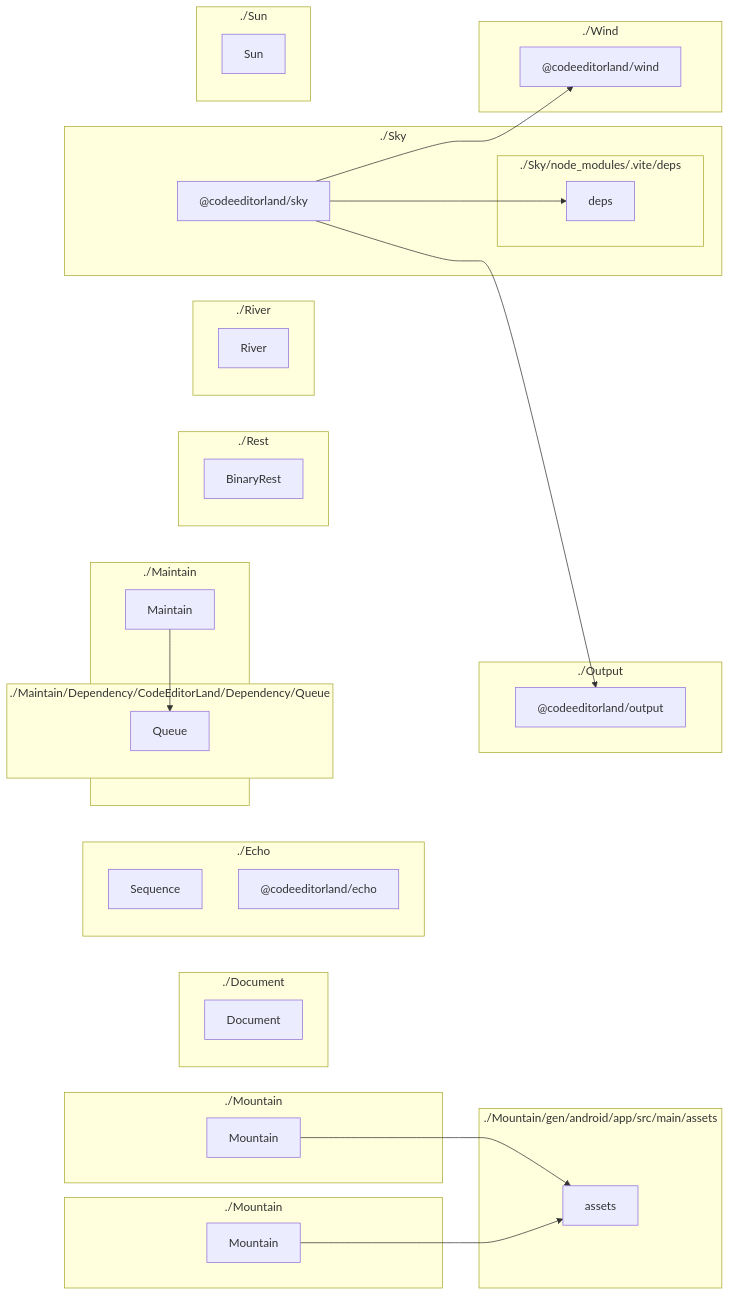
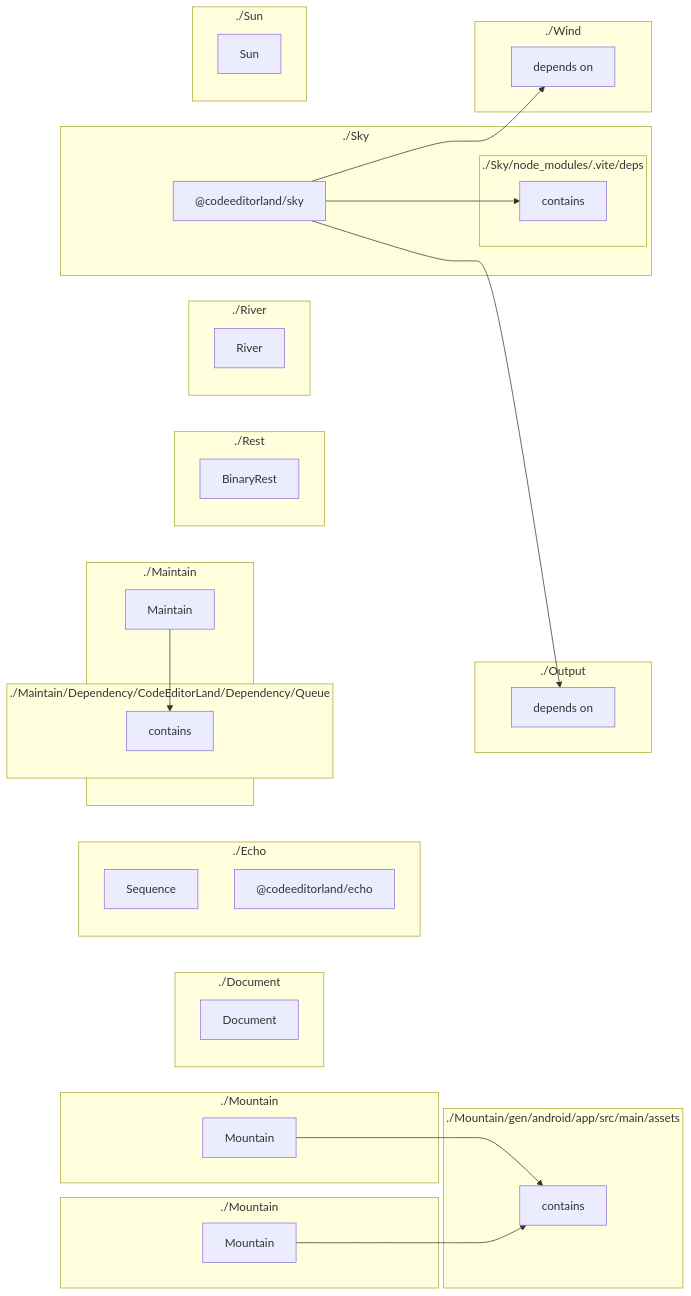
The diagram in Graph.md (CodeEditorLand/Element), drawn with Mermaid before and after one commit. The commit also changed 3 other files, not shown here.

````diff
--- a/Graph.md
+++ b/Graph.md
@@ -1,52 +1,52 @@
 ```mermaid
 graph LR
   subgraph Document ["./Document"]
     node0[Document]
   end
   subgraph Echo ["./Echo"]
     node1[Sequence]
     node2["@codeeditorland/echo"]
   end
   subgraph Maintain ["./Maintain"]
     node3[Maintain]
     subgraph Queue ["./Maintain/Dependency/CodeEditorLand/Dependency/Queue"]
       node4[Queue]
     end
   end
   subgraph Mountain1 ["./Mountain"]
     node5[Mountain]
   end
   subgraph assets ["./Mountain/gen/android/app/src/main/assets"]
     node6[assets]
   end
   subgraph Mountain2 ["./Mountain"]
     node7[Mountain]
   end
   subgraph Output ["./Output"]
     node8["@codeeditorland/output"]
   end
   subgraph Rest ["./Rest"]
     node9[BinaryRest]
   end
   subgraph River ["./River"]
     node10[River]
   end
   subgraph Sky ["./Sky"]
     node12["@codeeditorland/sky"]
     subgraph deps ["./Sky/node_modules/.vite/deps"]
       node11[deps]
     end
   end
   subgraph Sun ["./Sun"]
     node13[Sun]
   end
   subgraph Wind ["./Wind"]
     node14["@codeeditorland/wind"]
   end
-  node3 --> node4
-  node5 --> node6
-  node7 --> node6
-  node12 --> node11
-  node12 --> node8
-  node12 --> node14
+  node3 --> node4[contains]
+  node5 --> node6[contains]
+  node7 --> node6[contains]
+  node12 --> node11[contains]
+  node12 --> node8["depends on"]
+  node12 --> node14["depends on"]
 ```
````
